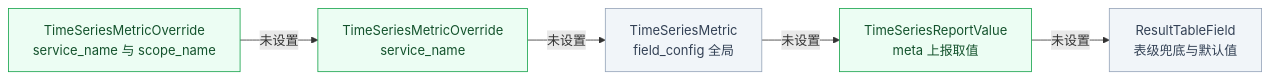
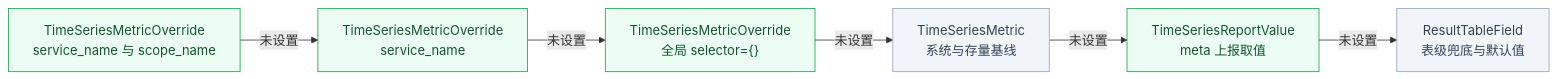
Before and after one commit to ZhuoZhuoCrayon/ai-workspace: diagram 13 of 25 in knowledge/bkmonitor/issues/2026-09-15-custom-metric-metadata/PLAN.md, drawn with Mermaid. The commit also changed other lines of this file, not shown here.

First line of the commit message:
docs(issue): separate custom metric reporting from page edits

````diff
--- a/knowledge/bkmonitor/issues/2026-09-15-custom-metric-metadata/PLAN.md
+++ b/knowledge/bkmonitor/issues/2026-09-15-custom-metric-metadata/PLAN.md
@@ -1013,13 +891,14 @@
 ```mermaid
 %%{init: {"flowchart": {"nodeSpacing": 28, "rankSpacing": 48, "wrappingWidth": 400}}}%%
 flowchart LR
     L1["TimeSeriesMetricOverride<br/>service_name 与 scope_name"] -->|"未设置"| L2["TimeSeriesMetricOverride<br/>service_name"]
-    L2 -->|"未设置"| L3["TimeSeriesMetric<br/>field_config 全局"]
-    L3 -->|"未设置"| L4["TimeSeriesReportValue<br/>meta 上报取值"]
-    L4 -->|"未设置"| L5["ResultTableField<br/>表级兜底与默认值"]
+    L2 -->|"未设置"| L3["TimeSeriesMetricOverride<br/>全局 selector={}"]
+    L3 -->|"未设置"| L4["TimeSeriesMetric<br/>系统与存量基线"]
+    L4 -->|"未设置"| L5["TimeSeriesReportValue<br/>meta 上报取值"]
+    L5 -->|"未设置"| L6["ResultTableField<br/>表级兜底与默认值"]
 
     classDef add fill:#ecfdf3,stroke:#16a34a,color:#14532d
     classDef old fill:#f1f5f9,stroke:#94a3b8,color:#334155
-    class L1,L2,L4 add
-    class L3,L5 old
+    class L1,L2,L3,L5 add
+    class L4,L6 old
 ```
````
